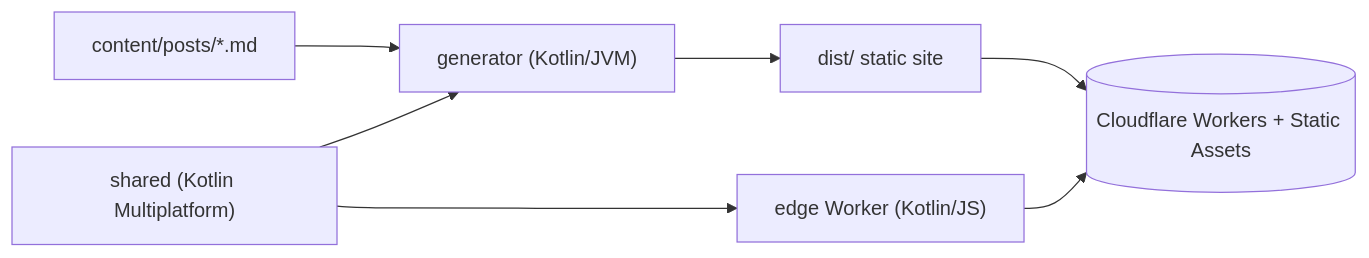
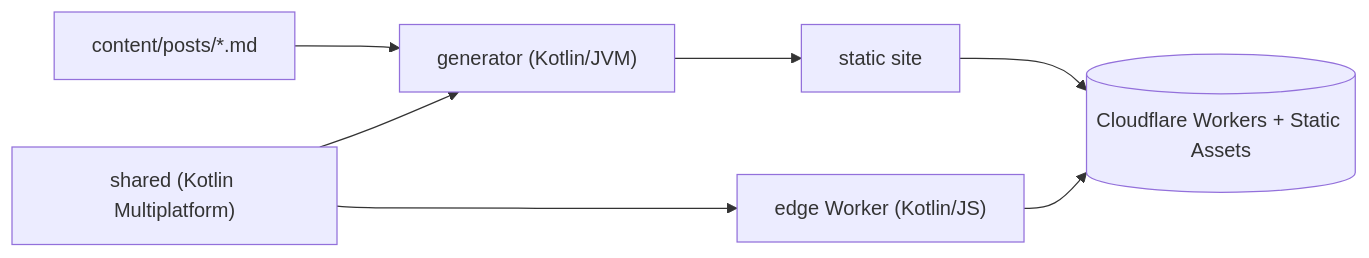
Before and after one commit to dtitenko/dimaruns.nl: the diagram in README.md, drawn with Mermaid. The commit also changed other lines of this file and 25 other files, not shown here.

First line of the commit message:
Render Markdown posts into a static site

````diff
--- a/README.md
+++ b/README.md
@@ -5,9 +5,9 @@
 ```mermaid
 flowchart LR
     md[content/posts/*.md] --> gen["generator (Kotlin/JVM)"]
     shared["shared (Kotlin Multiplatform)"] --> gen
     shared --> edge["edge Worker (Kotlin/JS)"]
-    gen --> dist[dist/ static site]
+    gen --> dist[static site]
     dist --> cf[(Cloudflare Workers + Static Assets)]
     edge --> cf
 ```
````
